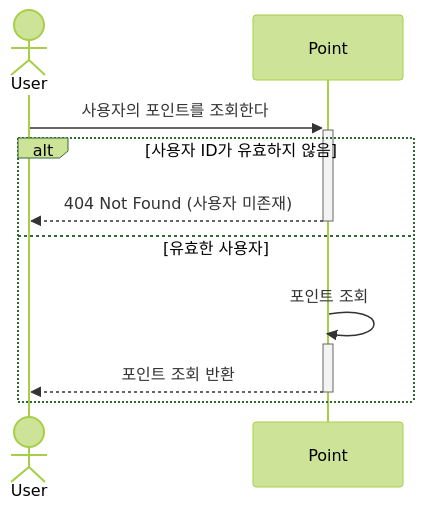
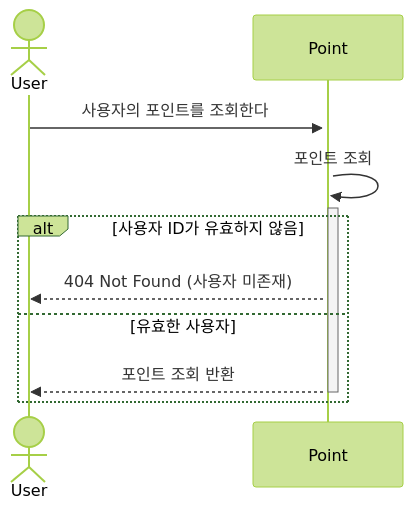
One commit to sjkyung/hhplus-server-ecommerce changed the second of 2 diagrams in docs/PointSequenceDiagram.md. Above: the diagram before and after it, drawn with Mermaid (forest theme). The commit also changed other lines of this file, not shown here.

Commit message:
Feat: 포인트 시퀀스 다이어그램 수정

````diff
--- a/docs/PointSequenceDiagram.md
+++ b/docs/PointSequenceDiagram.md
@@ -24,13 +24,13 @@
 ```mermaid
 sequenceDiagram
     actor User
     participant Point
 
     User->>+Point: 사용자의 포인트를 조회한다
+    Point->>+Point: 포인트 조회
     alt 사용자 ID가 유효하지 않음
-        Point-->>-User: 404 Not Found (사용자 미존재)
+        Point-->>User: 404 Not Found (사용자 미존재)
     else 유효한 사용자
-        Point->>+Point: 포인트 조회
         Point-->>-User: 포인트 조회 반환
     end
 ```
````
